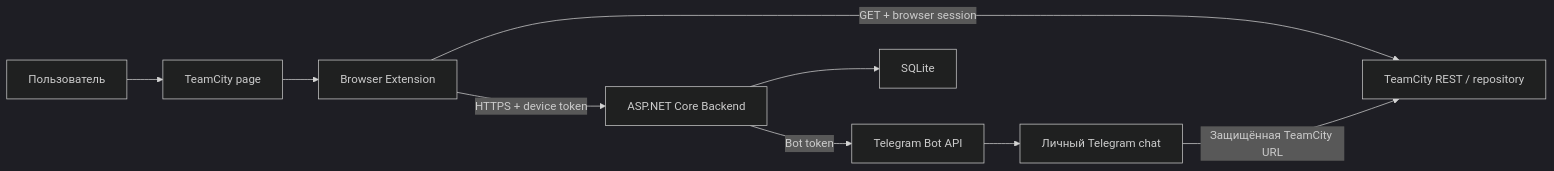
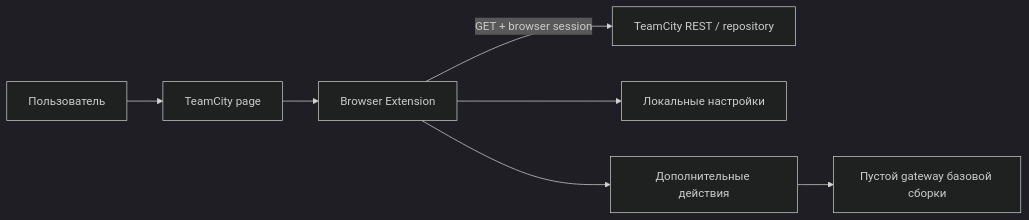
One commit to KoverG/TeamCity-Mobile-Build-Assistant changed the diagram in docs/ARCHITECTURE.md. Above: the diagram before and after it, drawn with Mermaid (dark theme). The commit also changed other lines of this file and 32 other files, not shown here.

````diff
--- a/docs/ARCHITECTURE.md
+++ b/docs/ARCHITECTURE.md
@@ -59,11 +48,9 @@
 ```mermaid
 flowchart LR
     U["Пользователь"] --> TCUI["TeamCity page"]
     TCUI --> EXT["Browser Extension"]
     EXT -->|"GET + browser session"| TC["TeamCity REST / repository"]
-    EXT -->|"HTTPS + device token"| API["ASP.NET Core Backend"]
-    API --> DB["SQLite"]
-    API -->|"Bot token"| TG["Telegram Bot API"]
-    TG --> CHAT["Личный Telegram chat"]
-    CHAT -->|"Защищённая TeamCity URL"| TC
+    EXT --> STORE["Локальные настройки"]
+    EXT --> ACTIONS["Дополнительные действия"]
+    ACTIONS --> NULL["Пустой gateway базовой сборки"]
 ```
````
